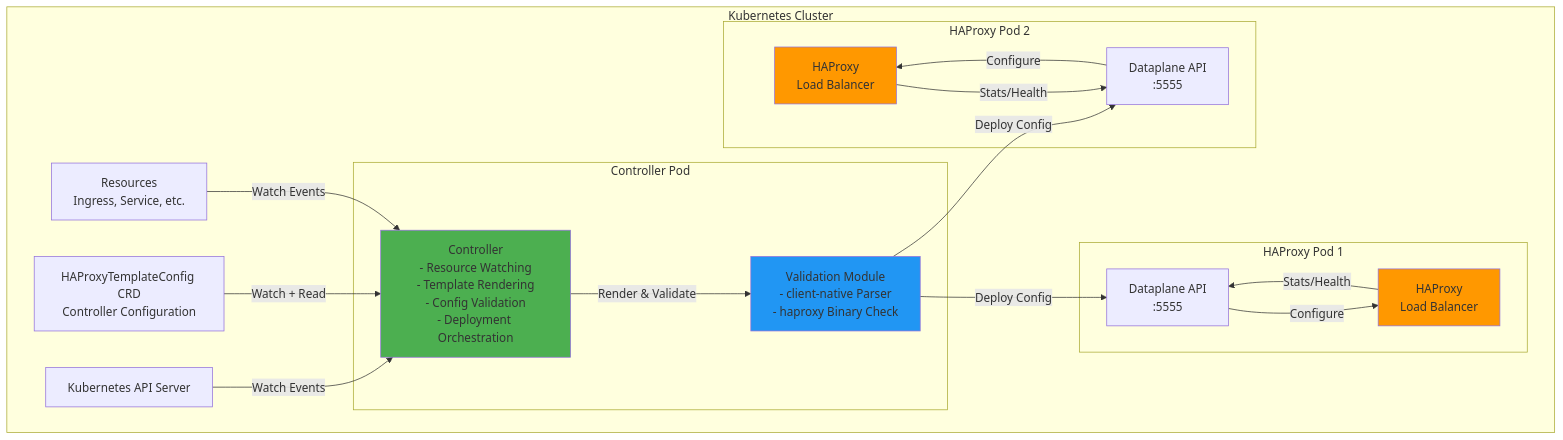
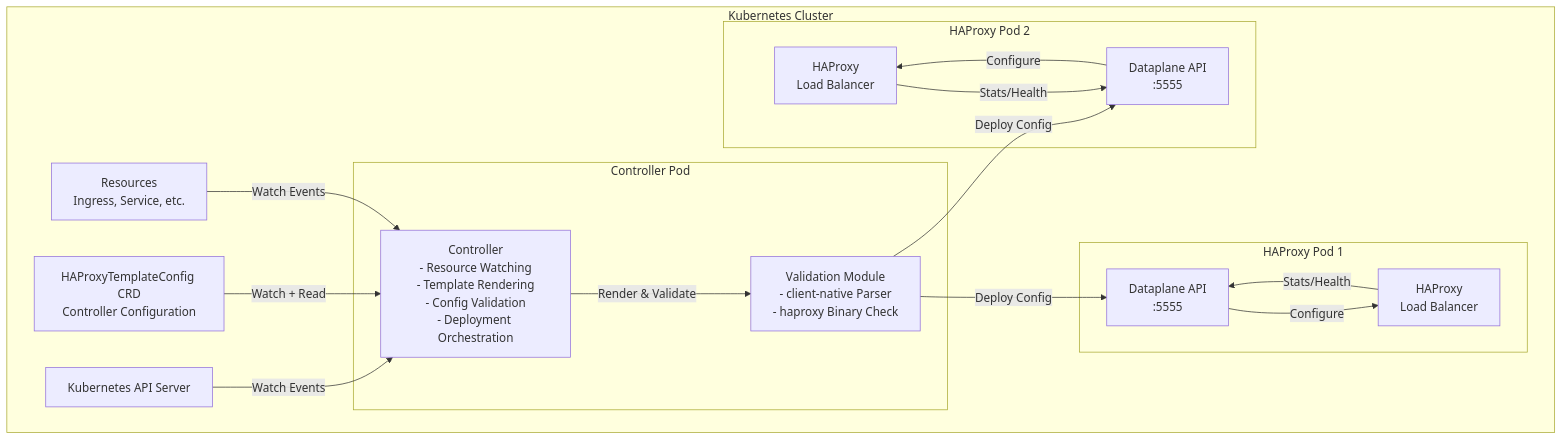
The first of 3 diagrams in docs/site/docs/development/design/architecture-overview.md (HAProxy-Template-IC/haproxy-template-ingress-controller), drawn with Mermaid before and after one commit. The commit also changed other lines of this file and 6 other files, not shown here.

Commit message:
docs: page-polish pass — theme-native mermaid, table code wrapping, validation-claim sweep, broken-diagram repair

````diff
--- a/docs/site/docs/development/design/architecture-overview.md
+++ b/docs/site/docs/development/design/architecture-overview.md
@@ -29,40 +29,36 @@
 ```mermaid
 graph TB
     subgraph "Kubernetes Cluster"
         K8S[Kubernetes API Server]
 
         subgraph "Controller Pod"
             CTRL[Controller<br/>- Resource Watching<br/>- Template Rendering<br/>- Config Validation<br/>- Deployment Orchestration]
             VAL[Validation Module<br/>- client-native Parser<br/>- haproxy Binary Check]
         end
 
         subgraph "HAProxy Pod 1"
             HAP1[HAProxy<br/>Load Balancer]
             DP1[Dataplane API<br/>:5555]
         end
 
         subgraph "HAProxy Pod 2"
             HAP2[HAProxy<br/>Load Balancer]
             DP2[Dataplane API<br/>:5555]
         end
 
         CONFIG[HAProxyTemplateConfig CRD<br/>Controller Configuration]
         RES[Resources<br/>Ingress, Service, etc.]
     end
 
     K8S -->|Watch Events| CTRL
     CONFIG -->|Watch + Read| CTRL
     RES -->|Watch Events| CTRL
     CTRL -->|Render & Validate| VAL
     VAL -->|Deploy Config| DP1
     VAL -->|Deploy Config| DP2
     DP1 -->|Configure| HAP1
     DP2 -->|Configure| HAP2
     HAP1 -->|Stats/Health| DP1
     HAP2 -->|Stats/Health| DP2
 
-    style CTRL fill:#4CAF50
-    style VAL fill:#2196F3
-    style HAP1 fill:#FF9800
-    style HAP2 fill:#FF9800
 ```
````
